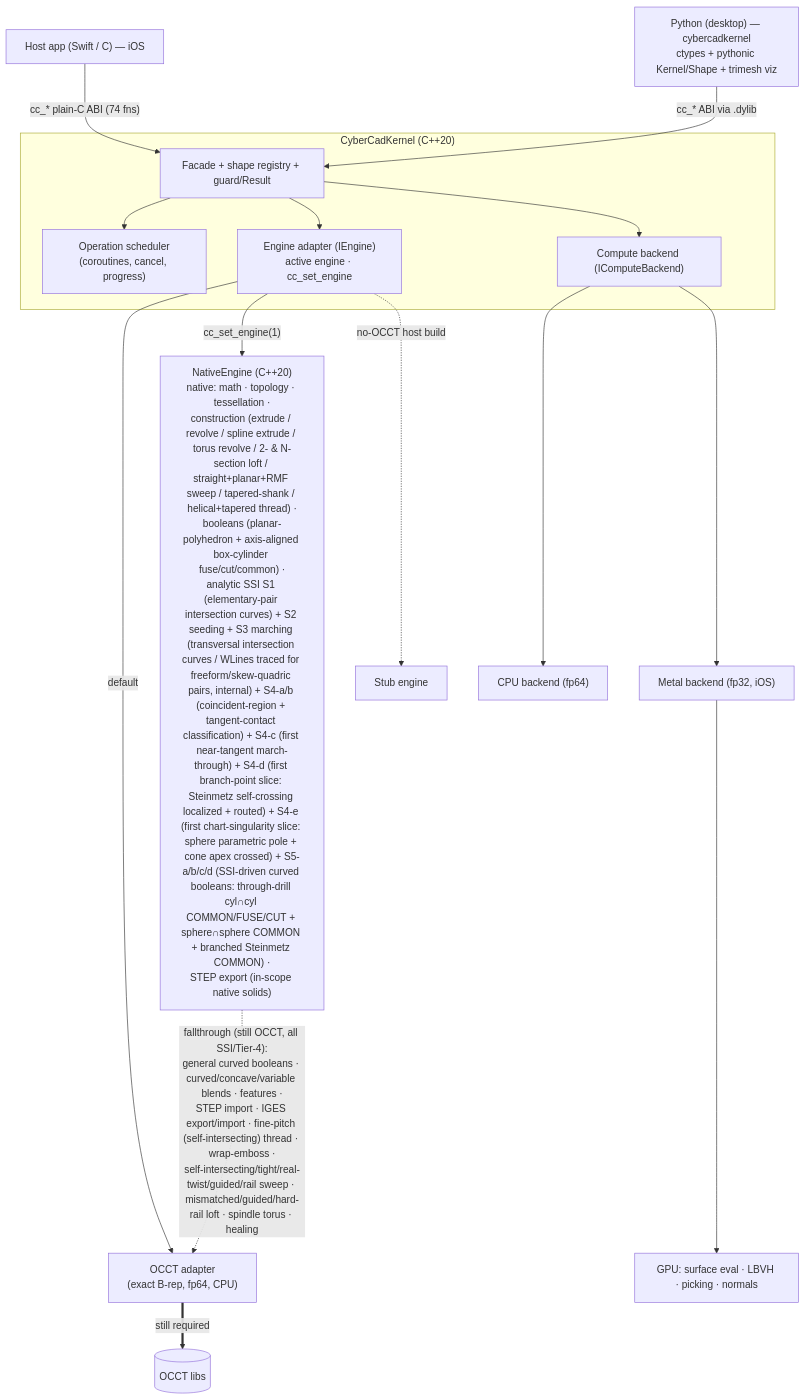
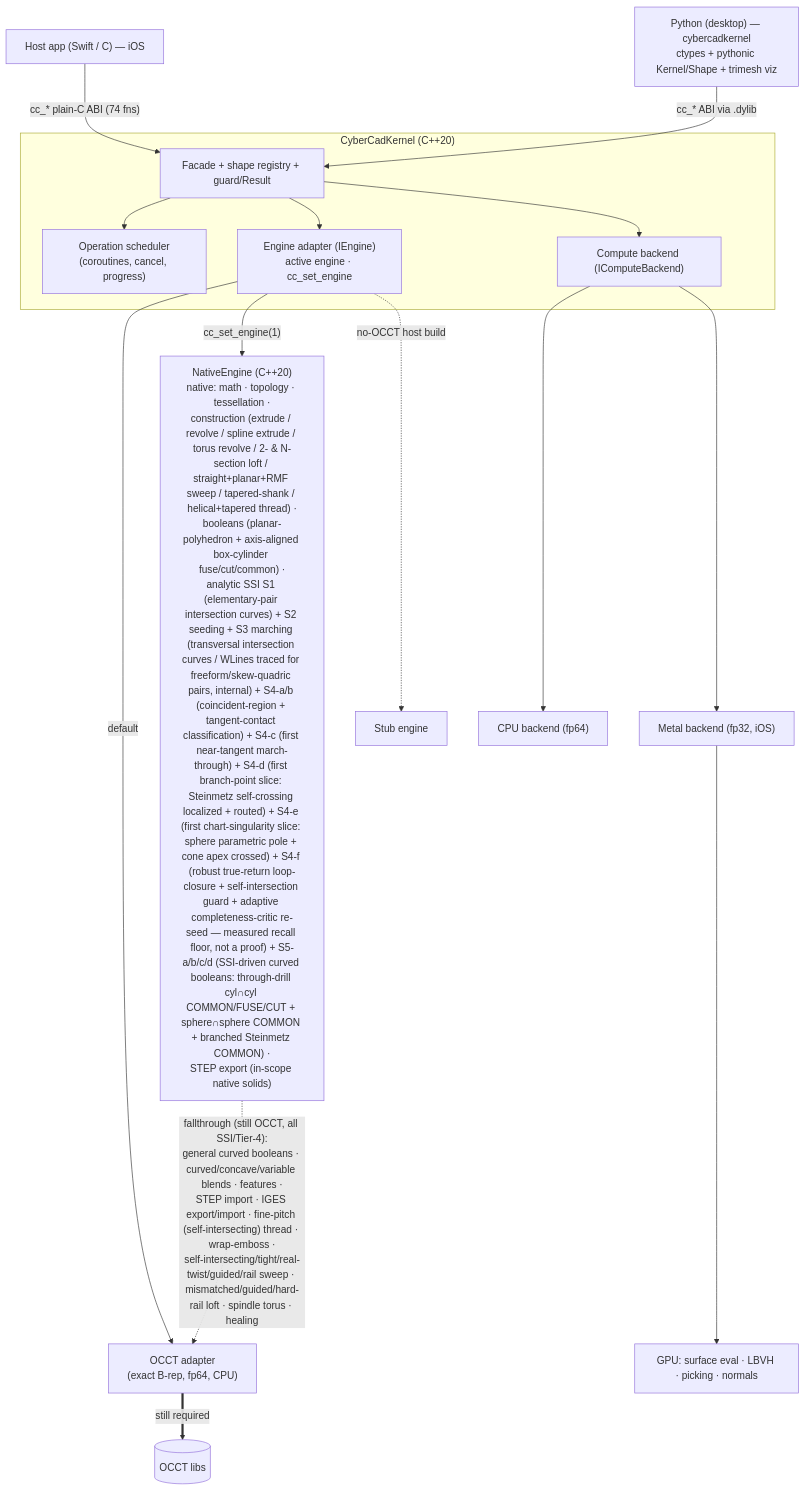
One commit to CyberdyneCorp/CyberCadKernel changed the diagram in README.md. Above: the diagram before and after it, drawn with Mermaid. The commit also changed other lines of this file and 20 other files, not shown here.

````diff
--- a/README.md
+++ b/README.md
@@ -33,27 +33,27 @@
 ```mermaid
 flowchart TD
     App["Host app (Swift / C) — iOS"] -->|"cc_* plain-C ABI (74 fns)"| Facade
     Py["Python (desktop) — cybercadkernel<br/>ctypes + pythonic Kernel/Shape + trimesh viz"] -->|"cc_* ABI via .dylib"| Facade
 
     subgraph Kernel["CyberCadKernel (C++20)"]
         Facade["Facade + shape registry + guard/Result"]
         Sched["Operation scheduler<br/>(coroutines, cancel, progress)"]
         Engine["Engine adapter (IEngine)<br/>active engine · cc_set_engine"]
         Compute["Compute backend (IComputeBackend)"]
 
         Facade --> Sched
         Facade --> Engine
         Facade --> Compute
     end
 
     Engine -->|"default"| OCCT["OCCT adapter<br/>(exact B-rep, fp64, CPU)"]
-    Engine -->|"cc_set_engine(1)"| Native["NativeEngine (C++20)<br/>native: math · topology · tessellation ·<br/>construction (extrude / revolve / spline extrude / torus revolve / 2- &amp; N-section loft / straight+planar+RMF sweep / tapered-shank / helical+tapered thread) ·<br/>booleans (planar-polyhedron + axis-aligned box-cylinder fuse/cut/common) ·<br/>analytic SSI S1 (elementary-pair intersection curves) + S2 seeding + S3 marching (transversal intersection curves / WLines traced for freeform/skew-quadric pairs, internal) + S4-a/b (coincident-region + tangent-contact classification) + S4-c (first near-tangent march-through) + S4-d (first branch-point slice: Steinmetz self-crossing localized + routed) + S4-e (first chart-singularity slice: sphere parametric pole + cone apex crossed) + S5-a/b/c/d (SSI-driven curved booleans: through-drill cyl∩cyl COMMON/FUSE/CUT + sphere∩sphere COMMON + branched Steinmetz COMMON) ·<br/>STEP export (in-scope native solids)"]
+    Engine -->|"cc_set_engine(1)"| Native["NativeEngine (C++20)<br/>native: math · topology · tessellation ·<br/>construction (extrude / revolve / spline extrude / torus revolve / 2- &amp; N-section loft / straight+planar+RMF sweep / tapered-shank / helical+tapered thread) ·<br/>booleans (planar-polyhedron + axis-aligned box-cylinder fuse/cut/common) ·<br/>analytic SSI S1 (elementary-pair intersection curves) + S2 seeding + S3 marching (transversal intersection curves / WLines traced for freeform/skew-quadric pairs, internal) + S4-a/b (coincident-region + tangent-contact classification) + S4-c (first near-tangent march-through) + S4-d (first branch-point slice: Steinmetz self-crossing localized + routed) + S4-e (first chart-singularity slice: sphere parametric pole + cone apex crossed) + S4-f (robust true-return loop-closure + self-intersection guard + adaptive completeness-critic re-seed — measured recall floor, not a proof) + S5-a/b/c/d (SSI-driven curved booleans: through-drill cyl∩cyl COMMON/FUSE/CUT + sphere∩sphere COMMON + branched Steinmetz COMMON) ·<br/>STEP export (in-scope native solids)"]
     Engine -.->|"no-OCCT host build"| Stub["Stub engine"]
 
     Native -.->|"fallthrough (still OCCT, all SSI/Tier-4):<br/>general curved booleans · curved/concave/variable blends · features ·<br/>STEP import · IGES export/import · fine-pitch (self-intersecting) thread · wrap-emboss ·<br/>self-intersecting/tight/real-twist/guided/rail sweep · mismatched/guided/hard-rail loft · spindle torus · healing"| OCCT
     OCCT ==>|"still required"| OCCTlib[("OCCT libs")]
 
     Compute --> CPUb["CPU backend (fp64)"]
     Compute --> Metal["Metal backend (fp32, iOS)"]
     Metal --> GPU["GPU: surface eval · LBVH · picking · normals"]
 ```
````
